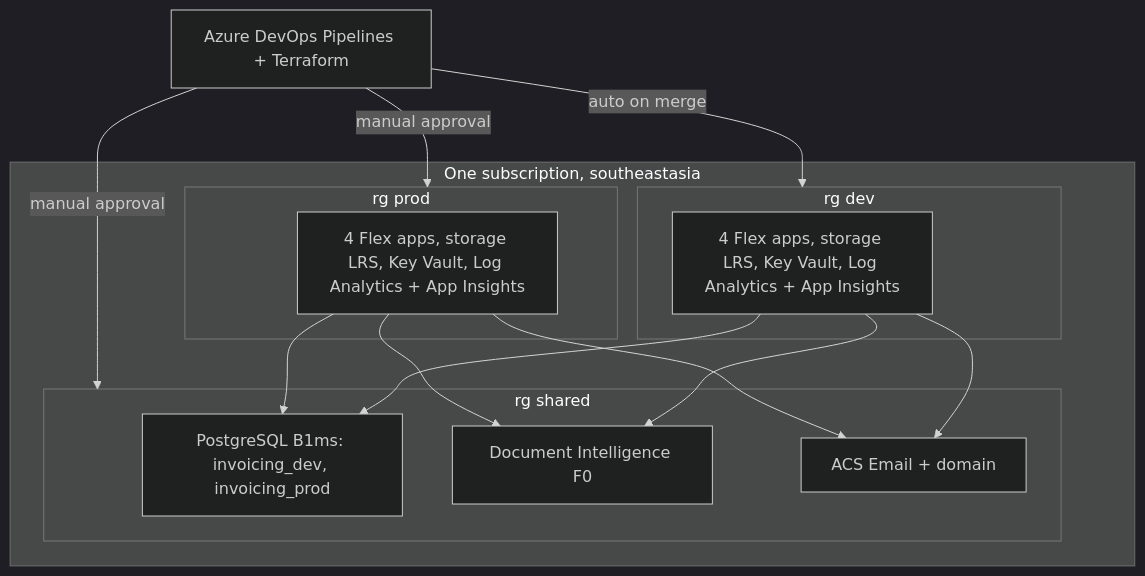
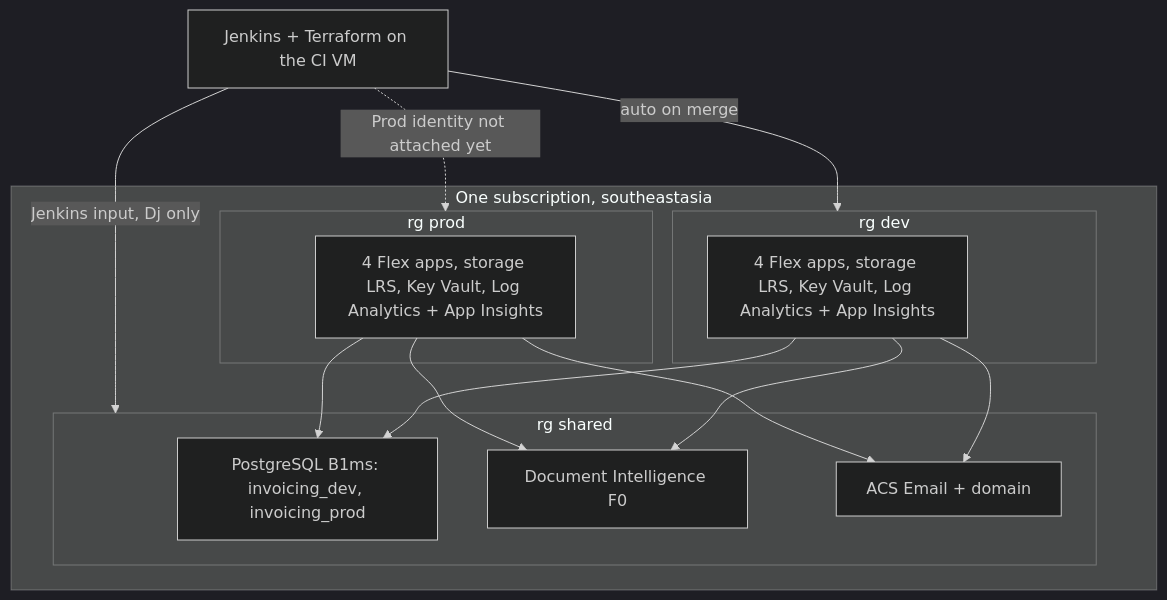
Before and after one commit to schuaschua/ocrinvoicing: the fourth of 4 diagrams in _bmad-output/planning-artifacts/architecture/architecture-ocrinvoicing-2026-09-28/ARCHITECTURE-SPINE.md, drawn with Mermaid (dark theme). The commit also changed other lines of this file and 6 other files, not shown here.

First line of the commit message:
docs: CI/CD moves from Azure DevOps Pipelines to Jenkins on a VM

````diff
--- a/_bmad-output/planning-artifacts/architecture/architecture-ocrinvoicing-2026-09-28/ARCHITECTURE-SPINE.md
+++ b/_bmad-output/planning-artifacts/architecture/architecture-ocrinvoicing-2026-09-28/ARCHITECTURE-SPINE.md
@@ -563,25 +565,25 @@
 ```mermaid
 flowchart TB
   subgraph sub[One subscription, southeastasia]
     subgraph shared[rg shared]
       pgsrv[PostgreSQL B1ms: invoicing_dev, invoicing_prod]
       dif0[Document Intelligence F0]
       acs[ACS Email + domain]
     end
     subgraph dev[rg dev]
       devapps[4 Flex apps, storage LRS, Key Vault, Log Analytics + App Insights]
     end
     subgraph prod[rg prod]
       prodapps[4 Flex apps, storage LRS, Key Vault, Log Analytics + App Insights]
     end
   end
-  ado[Azure DevOps Pipelines + Terraform] -->|auto on merge| dev
-  ado -->|manual approval| prod
-  ado -->|manual approval| shared
+  ci[Jenkins + Terraform on the CI VM] -->|auto on merge| dev
+  ci -->|Jenkins input, Dj only| shared
+  ci -.->|Prod identity not attached yet| prod
   devapps --> pgsrv
   prodapps --> pgsrv
   devapps --> dif0
   prodapps --> dif0
   devapps --> acs
   prodapps --> acs
 ```
````
